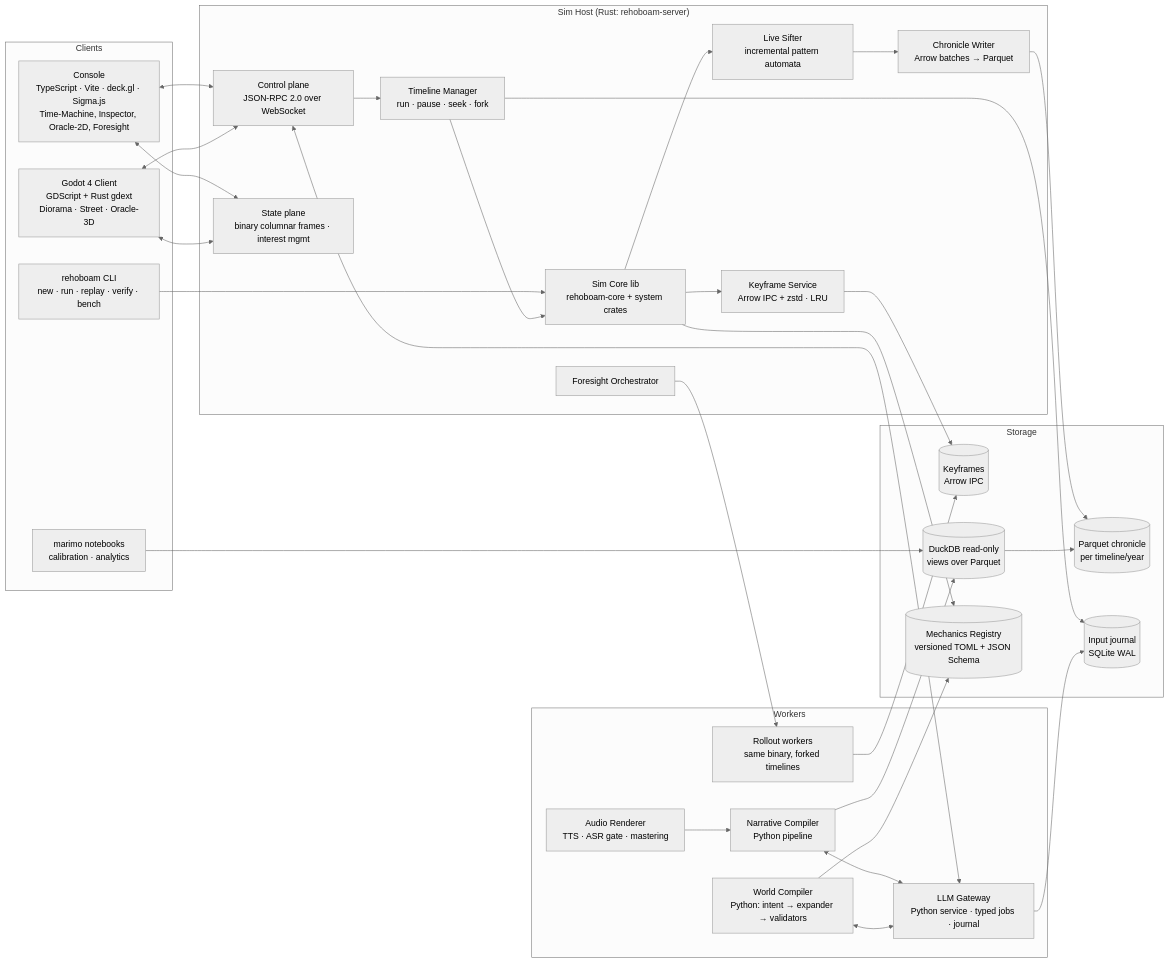
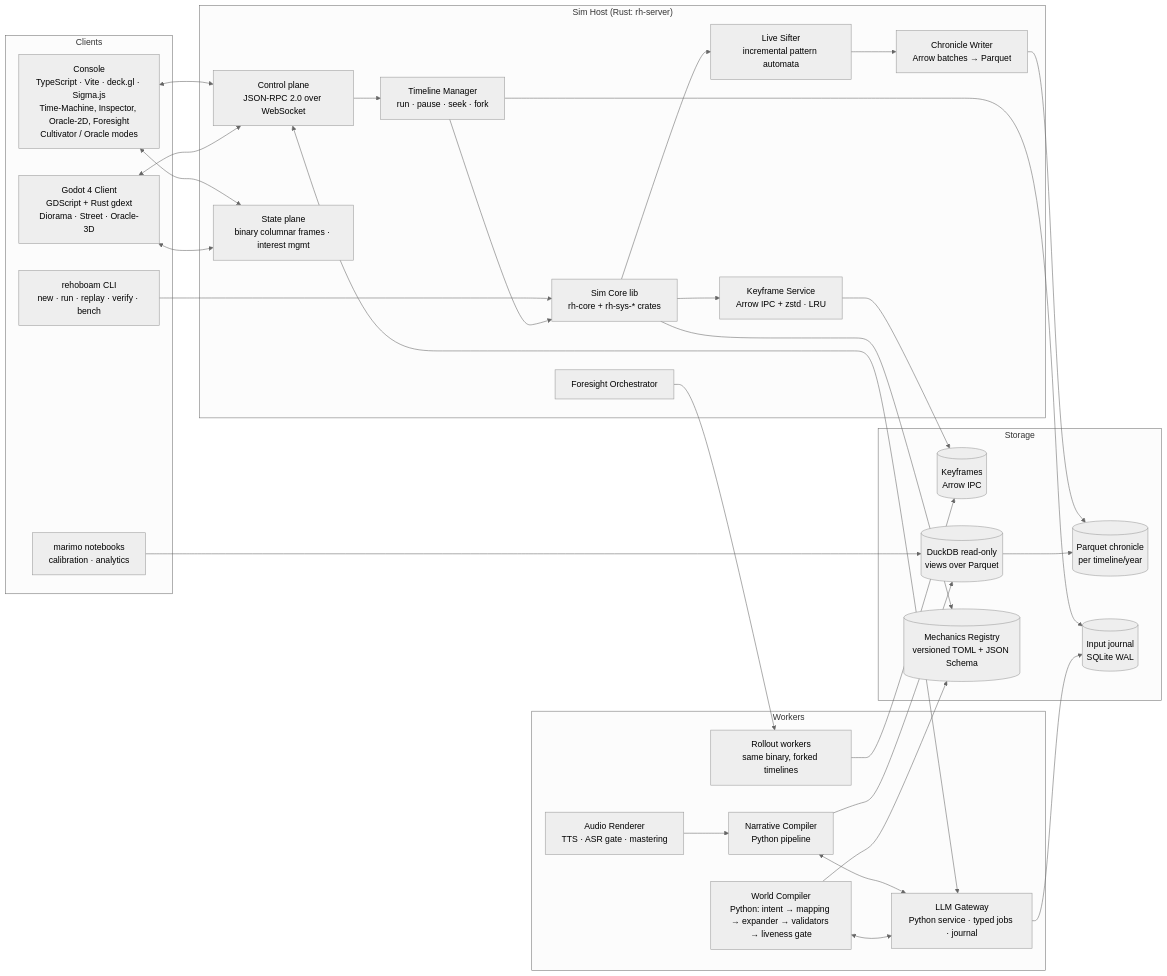
The second of 3 diagrams in docs/05_architecture/05.0_overview.md (BigRigVibeCoder/Rehoboam), drawn with Mermaid (neutral theme) before and after one commit. The commit also changed other lines of this file and 25 other files, not shown here.

````diff
--- a/docs/05_architecture/05.0_overview.md
+++ b/docs/05_architecture/05.0_overview.md
@@ -64,54 +68,54 @@
 ```mermaid
 flowchart LR
   subgraph Clients
-    CON[Console<br/>TypeScript · Vite · deck.gl · Sigma.js<br/>Time-Machine, Inspector, Oracle-2D, Foresight]
+    CON[Console<br/>TypeScript · Vite · deck.gl · Sigma.js<br/>Time-Machine, Inspector, Oracle-2D, Foresight<br/>Cultivator / Oracle modes]
     GOD[Godot 4 Client<br/>GDScript + Rust gdext<br/>Diorama · Street · Oracle-3D]
     CLI[rehoboam CLI<br/>new · run · replay · verify · bench]
     NB[marimo notebooks<br/>calibration · analytics]
   end
-  subgraph Host["Sim Host (Rust: rehoboam-server)"]
+  subgraph Host["Sim Host (Rust: rh-server)"]
     API[Control plane<br/>JSON-RPC 2.0 over WebSocket]
     STR[State plane<br/>binary columnar frames · interest mgmt]
     TL[Timeline Manager<br/>run · pause · seek · fork]
-    CORE[Sim Core lib<br/>rehoboam-core + system crates]
+    CORE[Sim Core lib<br/>rh-core + rh-sys-* crates]
     SIFT[Live Sifter<br/>incremental pattern automata]
     CW[Chronicle Writer<br/>Arrow batches → Parquet]
     KF[Keyframe Service<br/>Arrow IPC + zstd · LRU]
     FS[Foresight Orchestrator]
   end
   subgraph Workers
     RW[Rollout workers<br/>same binary, forked timelines]
     LG[LLM Gateway<br/>Python service · typed jobs · journal]
     NC[Narrative Compiler<br/>Python pipeline]
-    WC[World Compiler<br/>Python: intent → expander → validators]
+    WC[World Compiler<br/>Python: intent → mapping → expander → validators → liveness gate]
     AR[Audio Renderer<br/>TTS · ASR gate · mastering]
   end
   subgraph Storage
     PQ[(Parquet chronicle<br/>per timeline/year)]
     KFS[(Keyframes<br/>Arrow IPC)]
     JR[(Input journal<br/>SQLite WAL)]
     DDB[(DuckDB read-only<br/>views over Parquet)]
     REG[(Mechanics Registry<br/>versioned TOML + JSON Schema)]
   end
   CON <--> API
   CON <--> STR
   GOD <--> API
   GOD <--> STR
   CLI --> CORE
   NB --> DDB
   API --> TL --> CORE
   CORE --> SIFT --> CW --> PQ
   CORE --> KF --> KFS
   TL --> JR
   FS --> RW
   RW --> KFS
   API <--> LG
   LG --> JR
   NC --> DDB
   NC <--> LG
   WC <--> LG
   WC --> REG
   CORE --> REG
   AR --> NC
   DDB --> PQ
 ```
````
